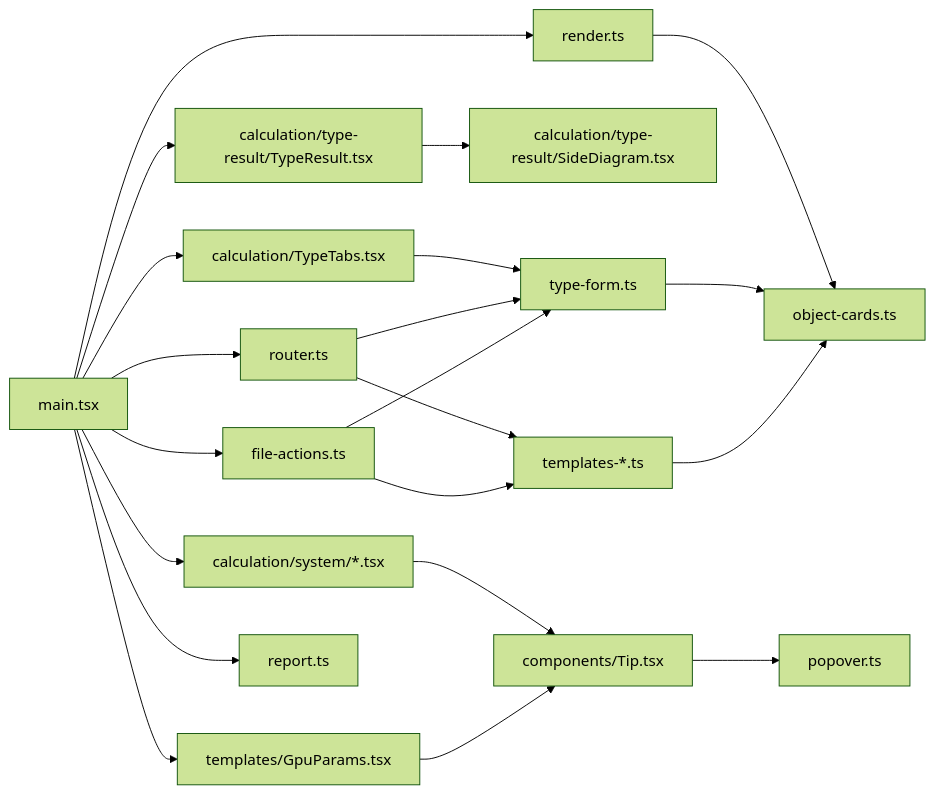
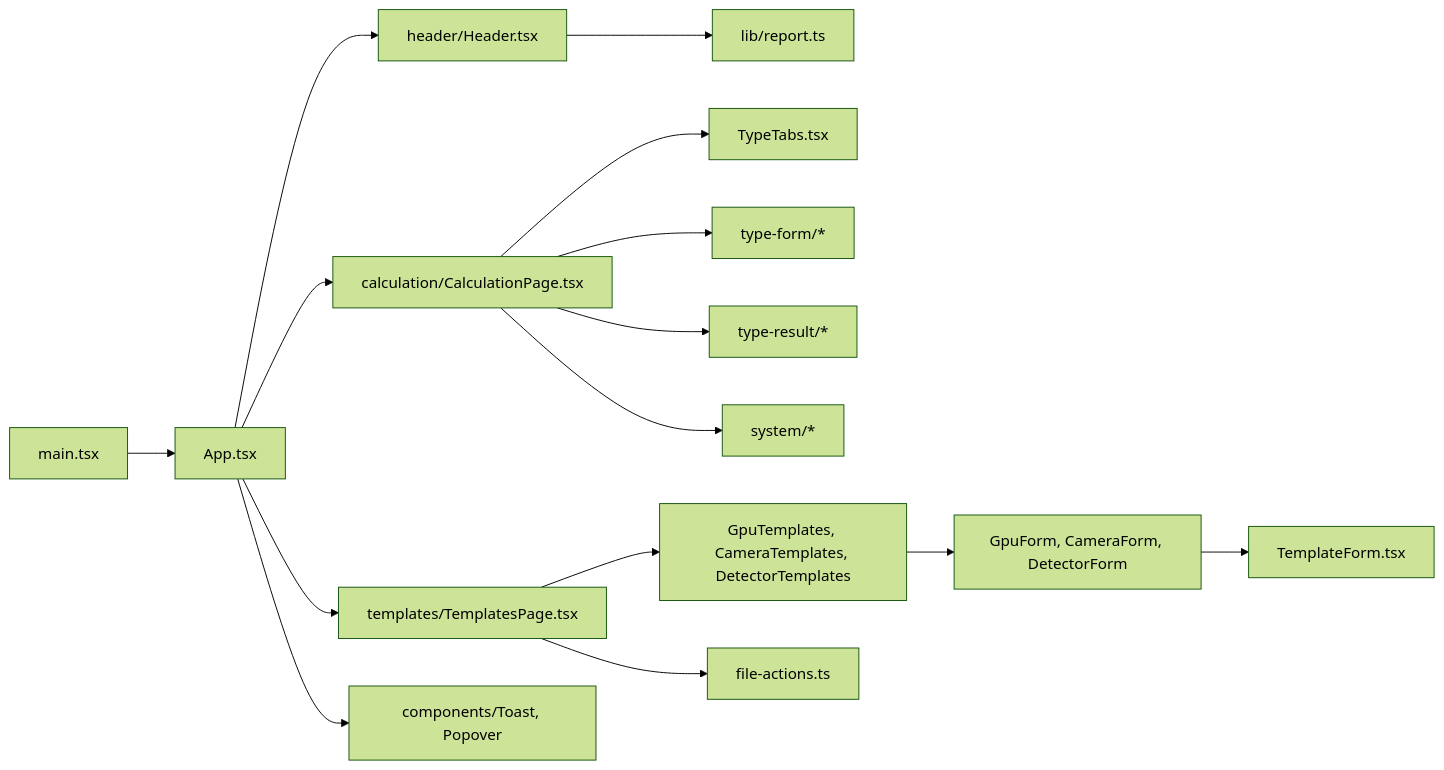
The first of 2 diagrams in docs/architecture/modules/ui.md (SergeyKrasnoslobodtsev/camera-calc), drawn with Mermaid (forest theme) before and after one commit. The commit also changed other lines of this file and 5 other files, not shown here.

````diff
--- a/docs/architecture/modules/ui.md
+++ b/docs/architecture/modules/ui.md
@@ -58,23 +64,17 @@
 ```mermaid
 flowchart LR
-    main[main.tsx] --> render[render.ts]
-    main --> tabs[calculation/TypeTabs.tsx]
-    main --> result[calculation/type-result/TypeResult.tsx]
-    main --> system[calculation/system/*.tsx]
-    main --> params[templates/GpuParams.tsx]
-    main --> router[router.ts]
-    main --> actions[file-actions.ts]
-    main --> report[report.ts]
-    render --> cards[object-cards.ts]
-    result --> diagram[calculation/type-result/SideDiagram.tsx]
-    system --> tip[components/Tip.tsx]
-    params --> tip
-    tip --> popover[popover.ts]
-    tabs --> form[type-form.ts]
-    form --> cards
-    router --> templates[templates-*.ts]
-    router --> form
-    templates --> cards
-    actions --> templates
-    actions --> form
+    main[main.tsx] --> app[App.tsx]
+    app --> header[header/Header.tsx]
+    app --> calc[calculation/CalculationPage.tsx]
+    app --> tpl[templates/TemplatesPage.tsx]
+    app --> overlays[components/Toast, Popover]
+    header --> report[lib/report.ts]
+    calc --> tabs[TypeTabs.tsx]
+    calc --> form[type-form/*]
+    calc --> result[type-result/*]
+    calc --> system[system/*]
+    tpl --> screens[GpuTemplates, CameraTemplates, DetectorTemplates]
+    screens --> forms[GpuForm, CameraForm, DetectorForm]
+    forms --> templateForm[TemplateForm.tsx]
+    tpl --> files[file-actions.ts]
 ```
````
